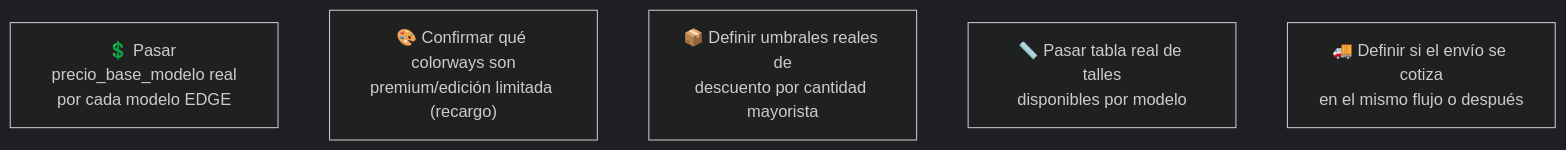
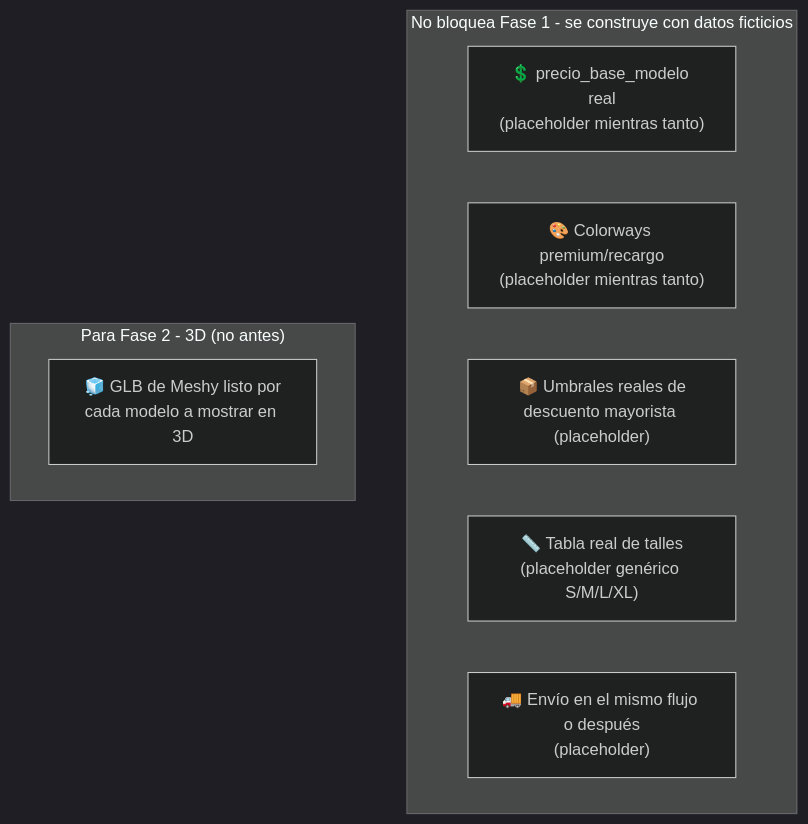
The second of 4 diagrams in proyectos/edge-cascos/documentos/simulaciones-cc/simulacion-5-cotizador.md (juandroeleven-jpg/SAAAS-Marketing), drawn with Mermaid (dark theme) before and after one commit. The commit also changed other lines of this file, not shown here.

First line of the commit message:
Reorganizar cotizador como roadmap por fases (2D antes de 3D)

````diff
--- a/proyectos/edge-cascos/documentos/simulaciones-cc/simulacion-5-cotizador.md
+++ b/proyectos/edge-cascos/documentos/simulaciones-cc/simulacion-5-cotizador.md
@@ -11,8 +36,13 @@
 ```mermaid
 flowchart TD
-    T1["💲 Pasar precio_base_modelo real<br/>por cada modelo EDGE"]
-    T2["🎨 Confirmar qué colorways son<br/>premium/edición limitada (recargo)"]
-    T3["📦 Definir umbrales reales de<br/>descuento por cantidad mayorista"]
-    T4["📏 Pasar tabla real de talles<br/>disponibles por modelo"]
-    T5["🚚 Definir si el envío se cotiza<br/>en el mismo flujo o después"]
+    subgraph P1["No bloquea Fase 1 - se construye con datos ficticios"]
+        T1["💲 precio_base_modelo real<br/>(placeholder mientras tanto)"]
+        T2["🎨 Colorways premium/recargo<br/>(placeholder mientras tanto)"]
+        T3["📦 Umbrales reales de<br/>descuento mayorista (placeholder)"]
+        T4["📏 Tabla real de talles<br/>(placeholder genérico S/M/L/XL)"]
+        T5["🚚 Envío en el mismo flujo o después<br/>(placeholder)"]
+    end
+    subgraph P2["Para Fase 2 - 3D (no antes)"]
+        T6["🧊 GLB de Meshy listo por<br/>cada modelo a mostrar en 3D"]
+    end
 ```
````
